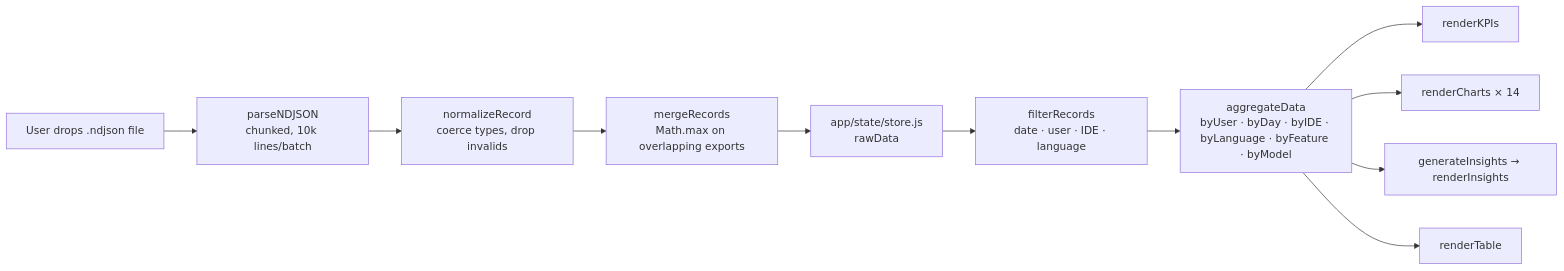
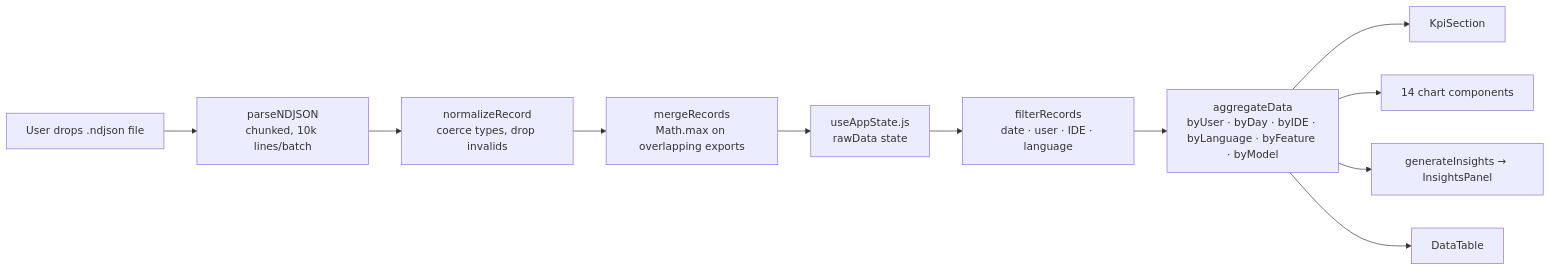
Before and after one commit to kinncj/GitHub-Copilot-Enterprise-Dashboard: the second of 4 diagrams in docs/architecture.md, drawn with Mermaid. The commit also changed other lines of this file and 54 other files, not shown here.

````diff
--- a/docs/architecture.md
+++ b/docs/architecture.md
@@ -49,15 +49,15 @@
 ```mermaid
 flowchart LR
-    A[User drops .ndjson file] --> B[parseNDJSON\nchunked, 10k lines/batch]
-    B --> C[normalizeRecord\ncoerce types, drop invalids]
-    C --> D[mergeRecords\nMath.max on overlapping exports]
-    D --> E[app/state/store.js\nrawData]
+    A[User drops .ndjson file] --> B["parseNDJSON\nchunked, 10k lines/batch"]
+    B --> C["normalizeRecord\ncoerce types, drop invalids"]
+    C --> D["mergeRecords\nMath.max on overlapping exports"]
+    D --> E["useAppState.js\nrawData state"]
 
-    E --> F[filterRecords\ndate · user · IDE · language]
-    F --> G[aggregateData\nbyUser · byDay · byIDE · byLanguage · byFeature · byModel]
+    E --> F["filterRecords\ndate · user · IDE · language"]
+    F --> G["aggregateData\nbyUser · byDay · byIDE · byLanguage · byFeature · byModel"]
 
-    G --> H1[renderKPIs]
-    G --> H2[renderCharts × 14]
-    G --> H3[generateInsights → renderInsights]
-    G --> H4[renderTable]
+    G --> H1["KpiSection"]
+    G --> H2["14 chart components"]
+    G --> H3["generateInsights → InsightsPanel"]
+    G --> H4["DataTable"]
 ```
````
